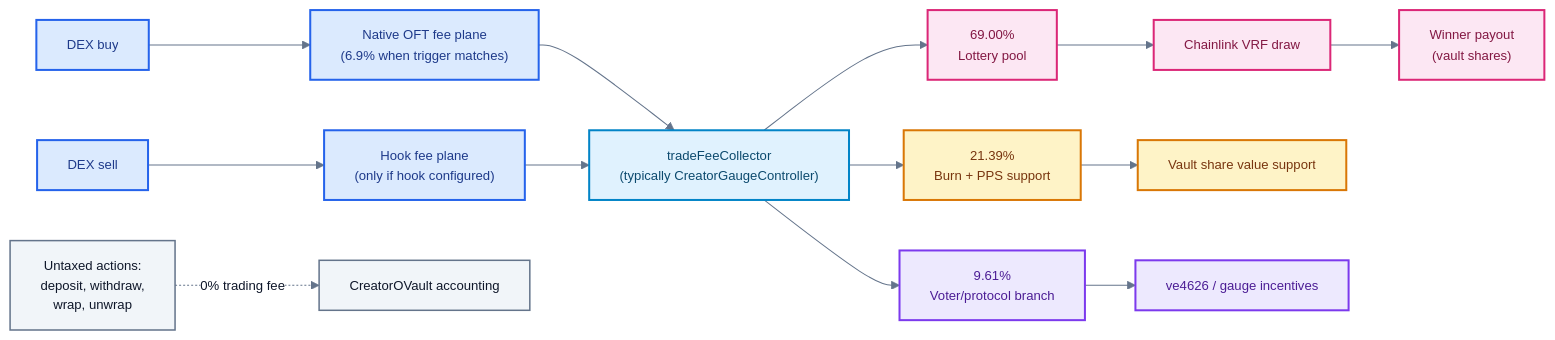
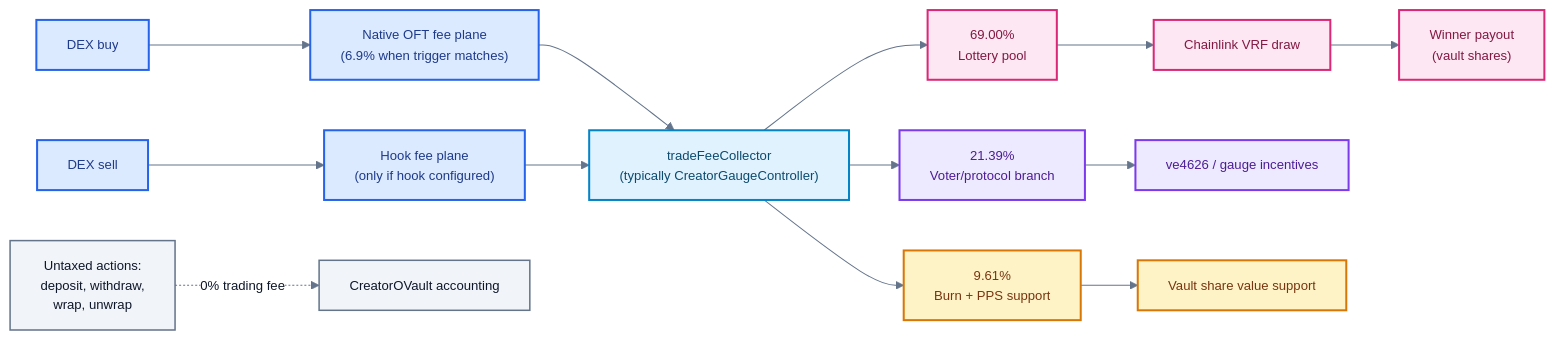
One commit to 4626fun/4626 changed the third of 4 diagrams in README.md. Above: the diagram before and after it, drawn with Mermaid. The commit also changed 113 other files, not shown here.

````diff
--- a/README.md
+++ b/README.md
@@ -180,32 +180,32 @@
 ```mermaid
 %%{init: {"theme":"base","themeVariables":{"fontFamily":"Inter, ui-sans-serif, system-ui","fontSize":"13px","lineColor":"#64748B","primaryColor":"#FFFFFF","primaryTextColor":"#0F172A"}}}%%
 flowchart LR
   BuyTrade["DEX buy"] --> NativeFee["Native OFT fee plane\n(6.9% when trigger matches)"]
   SellTrade["DEX sell"] --> HookFee["Hook fee plane\n(only if hook configured)"]
   NativeFee --> Gauge["tradeFeeCollector\n(typically CreatorGaugeController)"]
   HookFee --> Gauge
 
   Gauge --> Lottery["69.00%\nLottery pool"]
-  Gauge --> Burn["21.39%\nBurn + PPS support"]
-  Gauge --> Rewards["9.61%\nVoter/protocol branch"]
+  Gauge --> Rewards["21.39%\nVoter/protocol branch"]
+  Gauge --> Burn["9.61%\nBurn + PPS support"]
 
   Lottery --> VRF["Chainlink VRF draw"]
   VRF --> Payout["Winner payout\n(vault shares)"]
+  Rewards --> Gov["ve4626 / gauge incentives"]
   Burn --> PPS["Vault share value support"]
-  Rewards --> Gov["ve4626 / gauge incentives"]
 
   Untaxed["Untaxed actions:\ndeposit, withdraw,\nwrap, unwrap"] -. "0% trading fee" .-> Vault["CreatorOVault accounting"]
 
   classDef source fill:#DBEAFE,stroke:#2563EB,stroke-width:2px,color:#1E3A8A;
   classDef router fill:#E0F2FE,stroke:#0284C7,stroke-width:2px,color:#0C4A6E;
   classDef lottery fill:#FCE7F3,stroke:#DB2777,stroke-width:2px,color:#831843;
   classDef burn fill:#FEF3C7,stroke:#D97706,stroke-width:2px,color:#78350F;
   classDef governance fill:#EDE9FE,stroke:#7C3AED,stroke-width:2px,color:#4C1D95;
   classDef neutral fill:#F1F5F9,stroke:#64748B,stroke-width:1.5px,color:#0F172A;
   class BuyTrade,SellTrade,NativeFee,HookFee source;
   class Gauge router;
   class Lottery,VRF,Payout lottery;
   class Burn,PPS burn;
   class Rewards,Gov governance;
   class Untaxed,Vault neutral;
 ```
````
